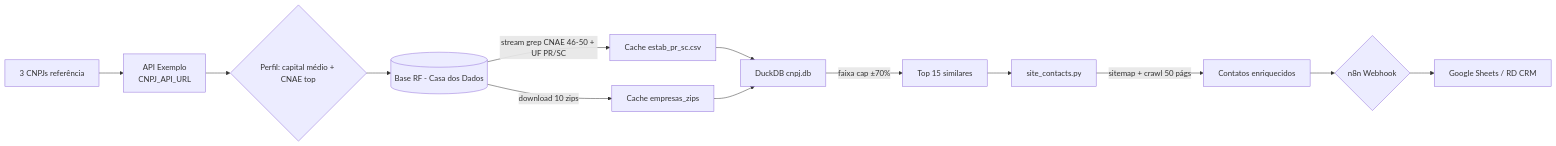
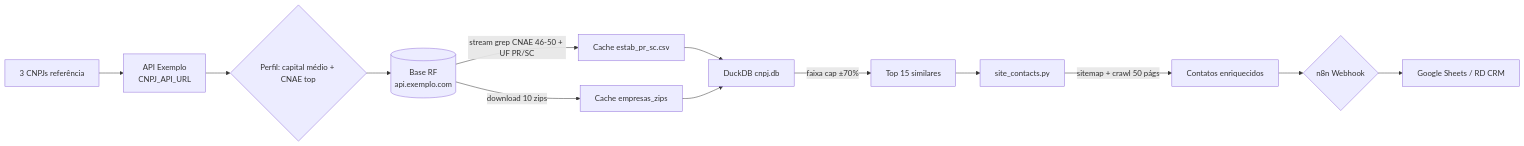
The diagram in README.md (PIRANGUEIRO/lambari), drawn with Mermaid before and after one commit. The commit also changed other lines of this file and 3 other files, not shown here.

````diff
--- a/README.md
+++ b/README.md
@@ -67,15 +76,15 @@
 ```mermaid
 flowchart LR
     A[3 CNPJs referência] --> B[API Exemplo<br/>CNPJ_API_URL]
     B --> C{Perfil: capital médio + CNAE top}
-    C --> D[(Base RF - Casa dos Dados)]
+    C --> D[(Base RF<br/>api.exemplo.com)]
     D -->|stream grep CNAE 46-50 + UF PR/SC| E[Cache estab_pr_sc.csv]
     D -->|download 10 zips| F[Cache empresas_zips]
     E --> G[DuckDB cnpj.db]
     F --> G
     G -->|faixa cap ±70%| H[Top 15 similares]
     H --> I[site_contacts.py]
     I -->|sitemap + crawl 50 págs| J[Contatos enriquecidos]
     J --> K{n8n Webhook}
     K --> L[Google Sheets / RD CRM]
 ```
````
